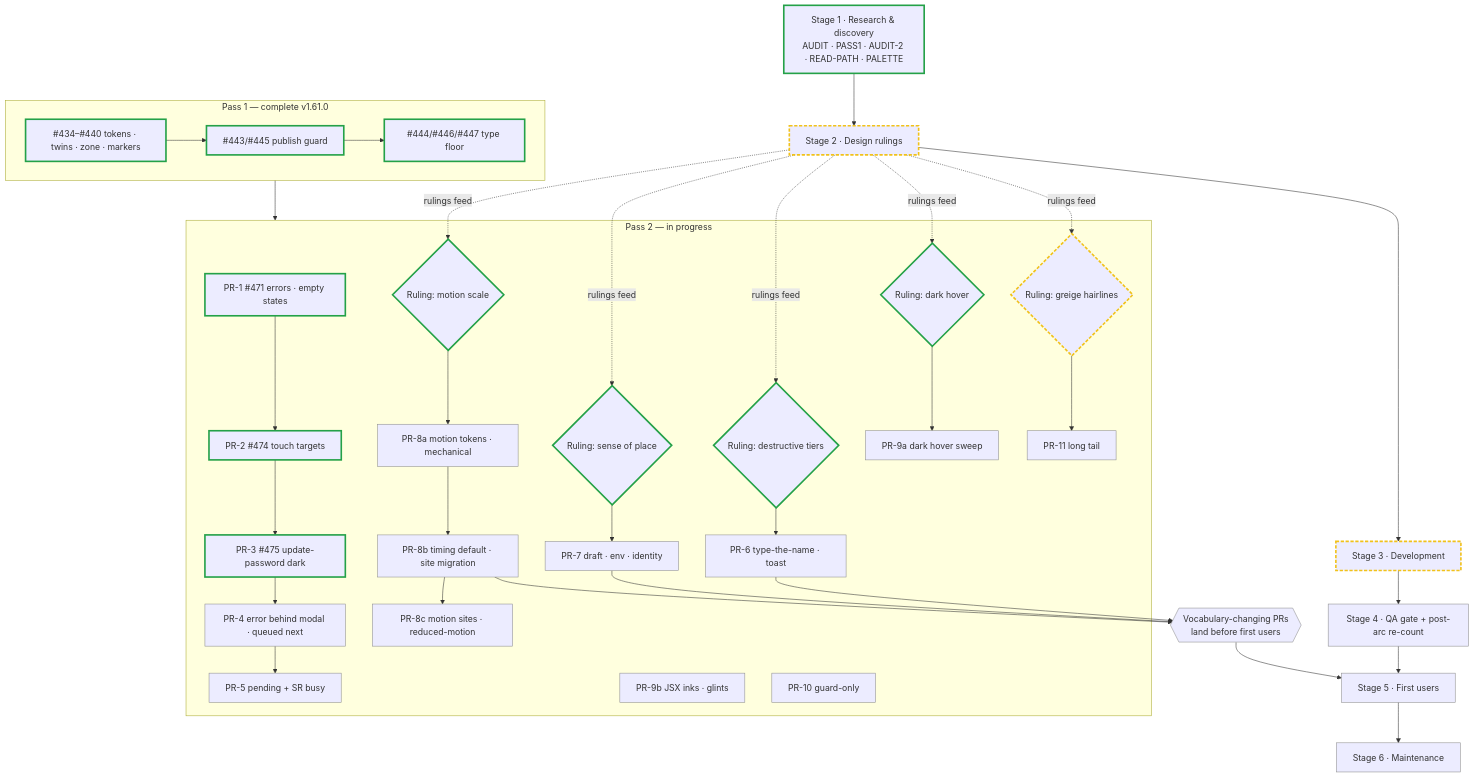
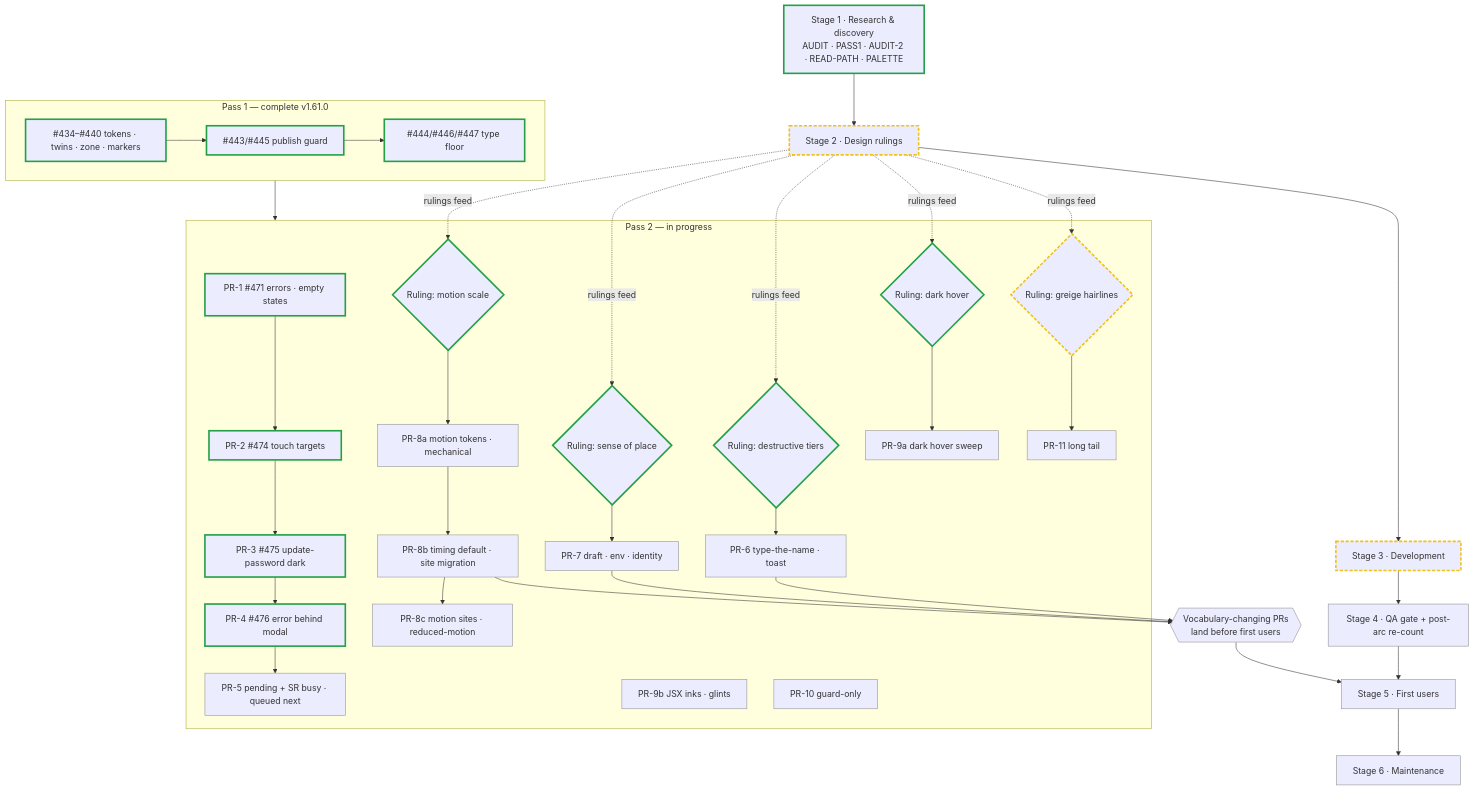
The diagram in docs/design-system/PLAN.md (pmeglaw/seat-planner), drawn with Mermaid before and after one commit. The commit also changed other lines of this file and 8 other files, not shown here.

````diff
--- a/docs/design-system/PLAN.md
+++ b/docs/design-system/PLAN.md
@@ -13,39 +13,39 @@
 ```mermaid
 flowchart TD
   classDef done stroke-width:3px,stroke:#24a148
   classDef wip stroke-width:3px,stroke-dasharray:6 3,stroke:#f1c21b
   classDef todo stroke-width:1px,stroke:#8d8d8d
 
   S1[Stage 1 · Research & discovery<br/>AUDIT · PASS1 · AUDIT-2 · READ-PATH · PALETTE]:::done
   S2[Stage 2 · Design rulings]:::wip
   S3[Stage 3 · Development]:::wip
   S4[Stage 4 · QA gate + post-arc re-count]:::todo
   S5[Stage 5 · First users]:::todo
   S6[Stage 6 · Maintenance]:::todo
 
   S1 --> S2 --> S3 --> S4 --> S5 --> S6
 
   subgraph P1[Pass 1 — complete v1.61.0]
     A[#434–#440 tokens · twins · zone · markers]:::done --> B[#443/#445 publish guard]:::done --> C[#444/#446/#447 type floor]:::done
   end
 
   subgraph P2[Pass 2 — in progress]
     PR1[PR-1 #471 errors · empty states]:::done
     PR2[PR-2 #474 touch targets]:::done
     PR3[PR-3 #475 update-password dark]:::done
-    PR4[PR-4 error behind modal · queued next]:::todo
-    PR5[PR-5 pending + SR busy]:::todo
+    PR4[PR-4 #476 error behind modal]:::done
+    PR5[PR-5 pending + SR busy · queued next]:::todo
     R1{Ruling: destructive tiers}:::done --> PR6[PR-6 type-the-name · toast]:::todo
     R2{Ruling: sense of place}:::done --> PR7[PR-7 draft · env · identity]:::todo
     R3{Ruling: motion scale}:::done --> PR8a[PR-8a motion tokens · mechanical]:::todo --> PR8b[PR-8b timing default · site migration]:::todo --> PR8c[PR-8c motion sites · reduced-motion]:::todo
     R4{Ruling: dark hover}:::done --> PR9a[PR-9a dark hover sweep]:::todo
     R5{Ruling: greige hairlines}:::wip --> PR11[PR-11 long tail]:::todo
     PR9b[PR-9b JSX inks · glints]:::todo
     PR10[PR-10 guard-only]:::todo
     PR1 --> PR2 --> PR3 --> PR4 --> PR5
   end
 
   P1 --> P2
   S2 -. rulings feed .-> R1 & R2 & R3 & R4 & R5
   PR6 & PR7 & PR8b --> GATE{{Vocabulary-changing PRs<br/>land before first users}}:::todo --> S5
 ```
````
